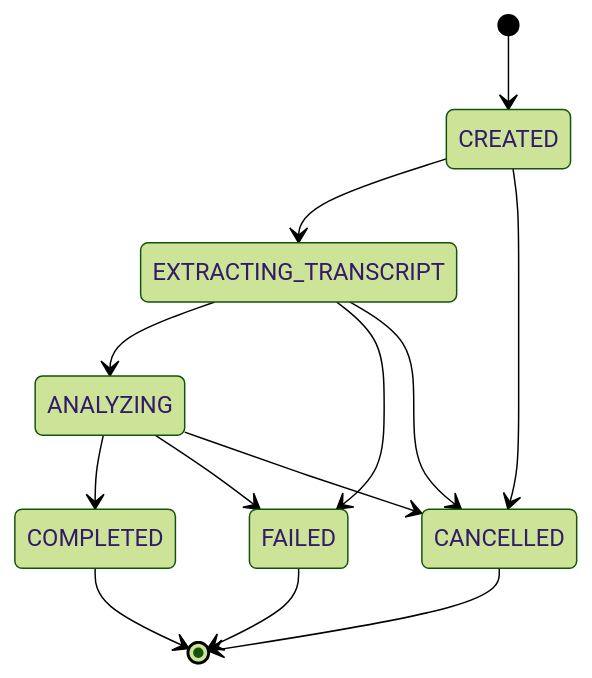
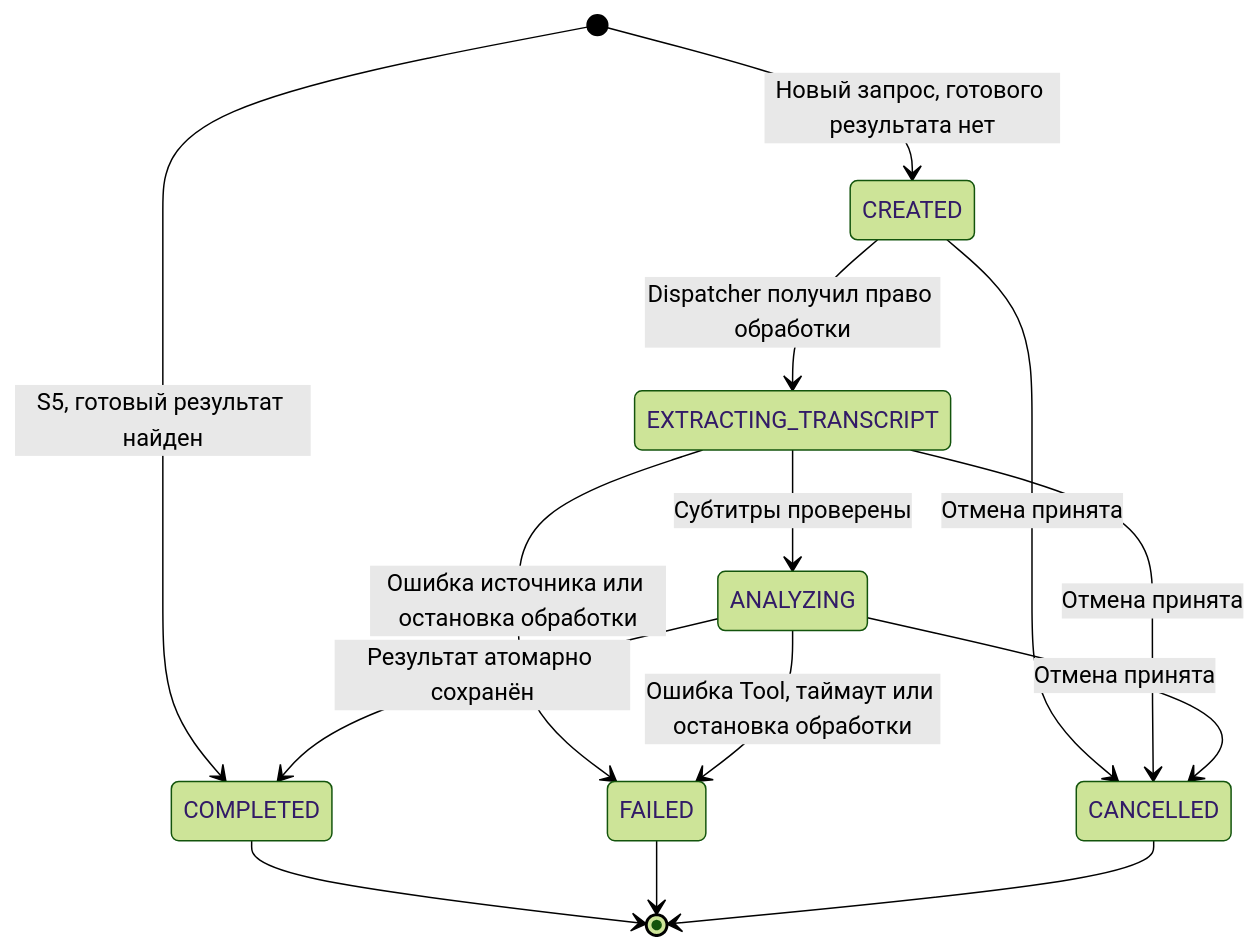
Before and after one commit to AIProgramIngeneering2026/team-mars: the third of 3 diagrams in docs/architecture.md, drawn with Mermaid (forest theme). The commit also changed other lines of this file, not shown here.

````diff
--- a/docs/architecture.md
+++ b/docs/architecture.md
@@ -39,15 +65,16 @@
 ```mermaid
 stateDiagram-v2
-    [*] --> CREATED
-    CREATED --> EXTRACTING_TRANSCRIPT
-    EXTRACTING_TRANSCRIPT --> ANALYZING
-    ANALYZING --> COMPLETED
-    EXTRACTING_TRANSCRIPT --> FAILED
-    ANALYZING --> FAILED
-    CREATED --> CANCELLED
-    EXTRACTING_TRANSCRIPT --> CANCELLED
-    ANALYZING --> CANCELLED
+    [*] --> CREATED: Новый запрос, готового результата нет
+    [*] --> COMPLETED: S5, готовый результат найден
+    CREATED --> EXTRACTING_TRANSCRIPT: Dispatcher получил право обработки
+    EXTRACTING_TRANSCRIPT --> ANALYZING: Субтитры проверены
+    ANALYZING --> COMPLETED: Результат атомарно сохранён
+    EXTRACTING_TRANSCRIPT --> FAILED: Ошибка источника или остановка обработки
+    ANALYZING --> FAILED: Ошибка Tool, таймаут или остановка обработки
+    CREATED --> CANCELLED: Отмена принята
+    EXTRACTING_TRANSCRIPT --> CANCELLED: Отмена принята
+    ANALYZING --> CANCELLED: Отмена принята
     COMPLETED --> [*]
     FAILED --> [*]
     CANCELLED --> [*]
 ```
````
